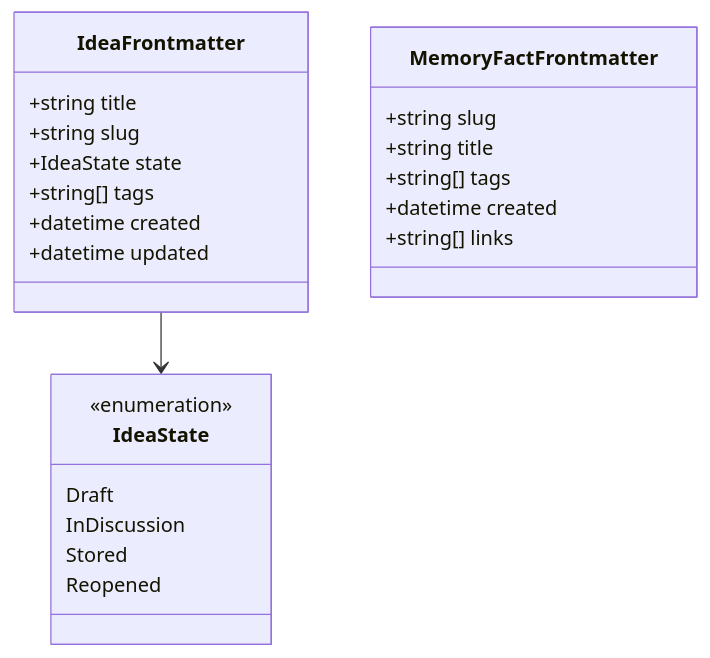
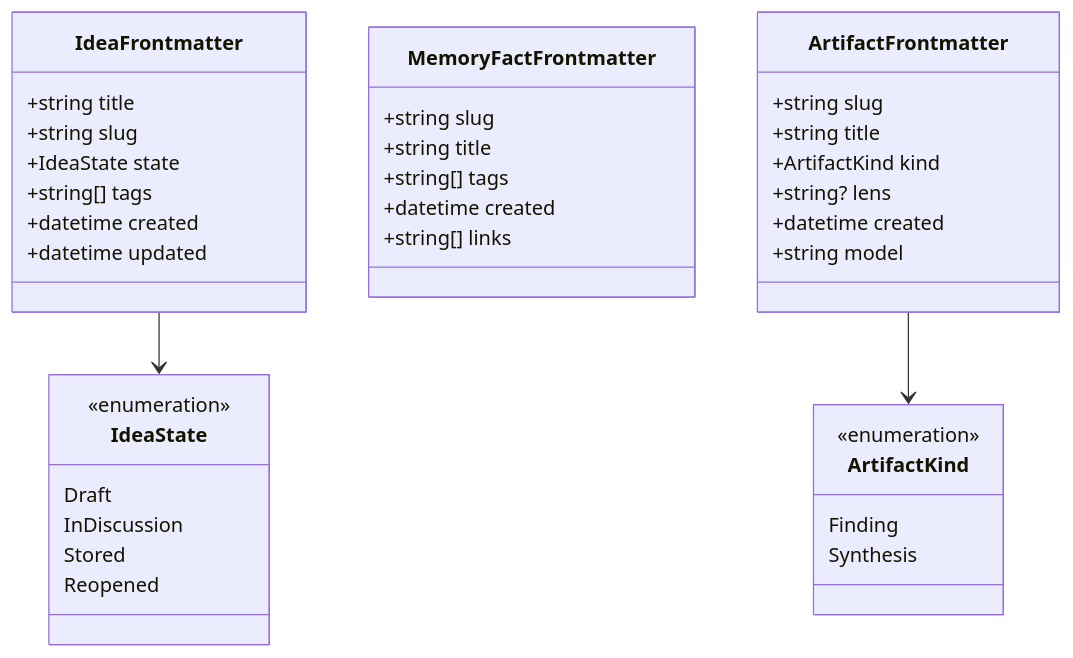
The second of 5 diagrams in docs/03-data-model.md (jasdian/idea-vault), drawn with Mermaid before and after one commit. The commit also changed other lines of this file and 35 other files, not shown here.

````diff
--- a/docs/03-data-model.md
+++ b/docs/03-data-model.md
@@ -102,26 +128,40 @@
 ```mermaid
 classDiagram
     class IdeaFrontmatter {
         +string title
         +string slug
         +IdeaState state
         +string[] tags
         +datetime created
         +datetime updated
     }
     class IdeaState {
         <<enumeration>>
         Draft
         InDiscussion
         Stored
         Reopened
     }
     class MemoryFactFrontmatter {
         +string slug
         +string title
         +string[] tags
         +datetime created
         +string[] links
     }
+    class ArtifactFrontmatter {
+        +string slug
+        +string title
+        +ArtifactKind kind
+        +string? lens
+        +datetime created
+        +string model
+    }
+    class ArtifactKind {
+        <<enumeration>>
+        Finding
+        Synthesis
+    }
     IdeaFrontmatter --> IdeaState
+    ArtifactFrontmatter --> ArtifactKind
 ```
````
